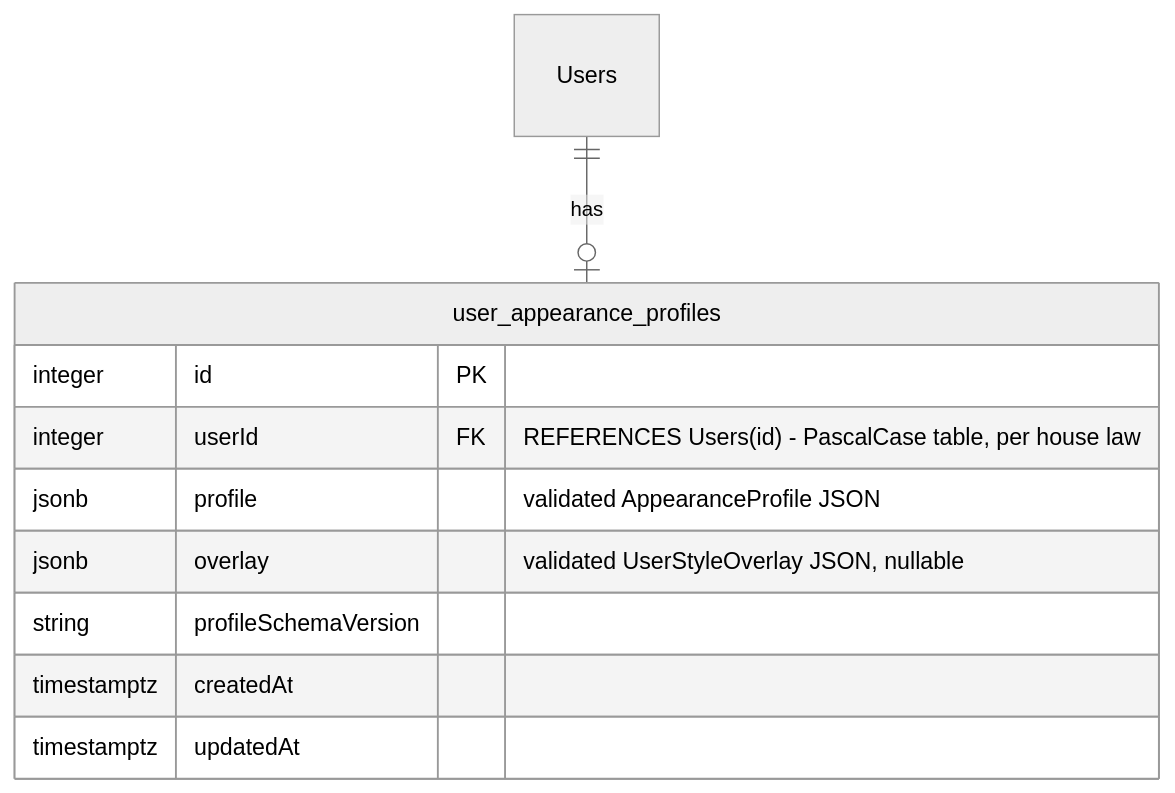
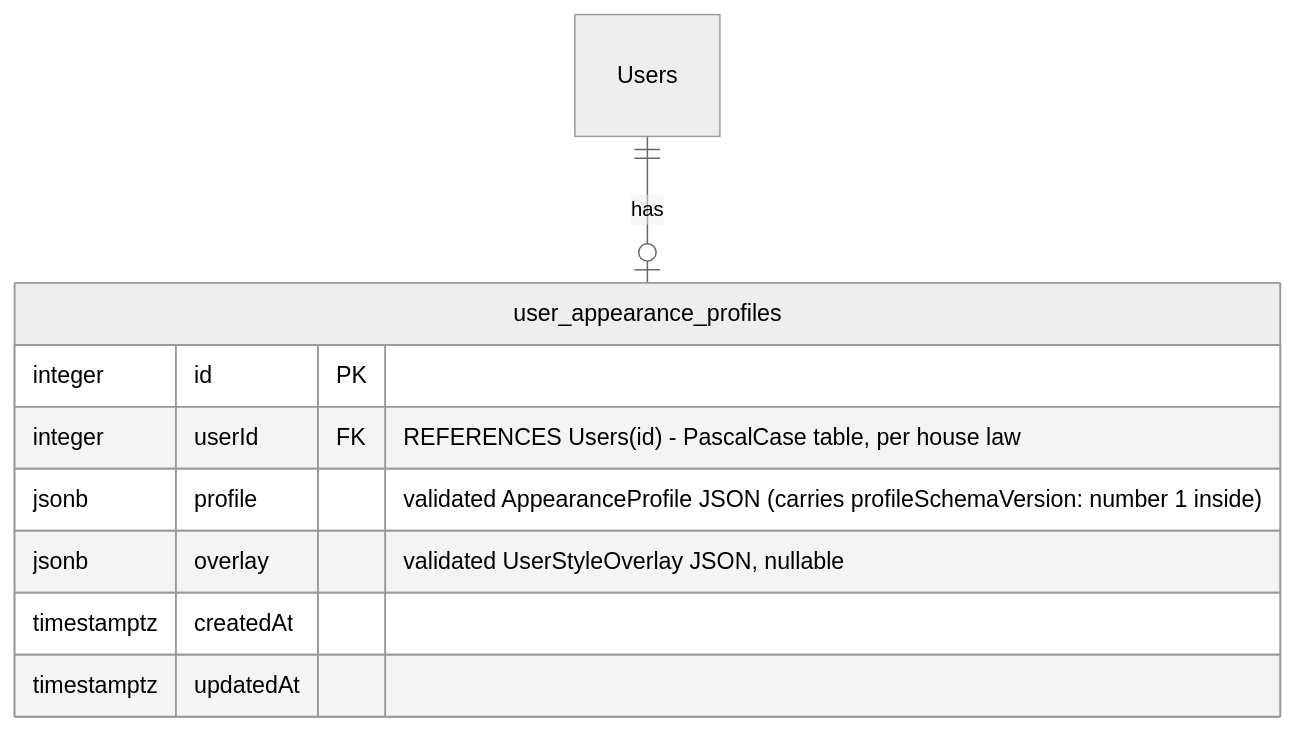
Before and after one commit to SeanSwan/-SS-PT-New: the third of 4 diagrams in docs/ai-workflow/AI-HANDOFF/BLUEPRINT-lens-world-fusion-2026-07-14/01-architecture.md, drawn with Mermaid (neutral theme). The commit also changed 3 other files, not shown here.

First line of the commit message:
docs(fusion): round-2 blueprint fixes — N1 (M2 test fallout) + R2 (stale ERD col)

````diff
--- a/docs/ai-workflow/AI-HANDOFF/BLUEPRINT-lens-world-fusion-2026-07-14/01-architecture.md
+++ b/docs/ai-workflow/AI-HANDOFF/BLUEPRINT-lens-world-fusion-2026-07-14/01-architecture.md
@@ -82,13 +82,12 @@
 ```mermaid
 erDiagram
     Users ||--o| user_appearance_profiles : has
     user_appearance_profiles {
         integer id PK
         integer userId FK "REFERENCES Users(id) - PascalCase table, per house law"
-        jsonb profile "validated AppearanceProfile JSON"
+        jsonb profile "validated AppearanceProfile JSON (carries profileSchemaVersion: number 1 inside)"
         jsonb overlay "validated UserStyleOverlay JSON, nullable"
-        string profileSchemaVersion
         timestamptz createdAt
         timestamptz updatedAt
     }
 ```
````
